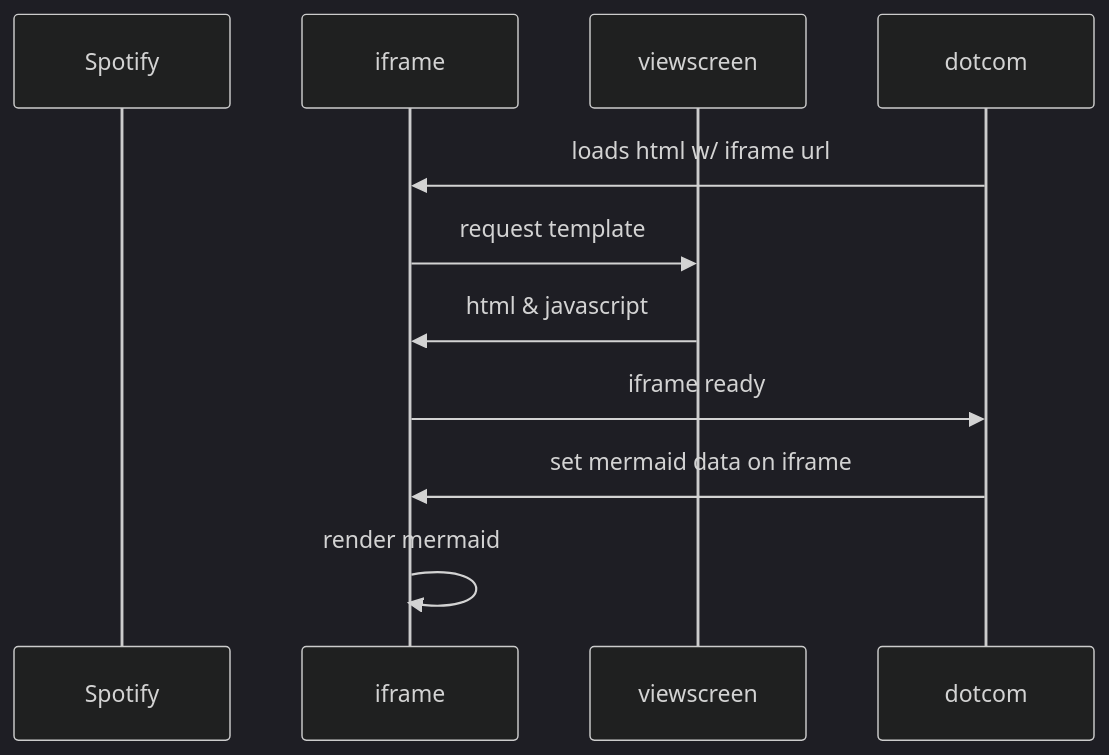
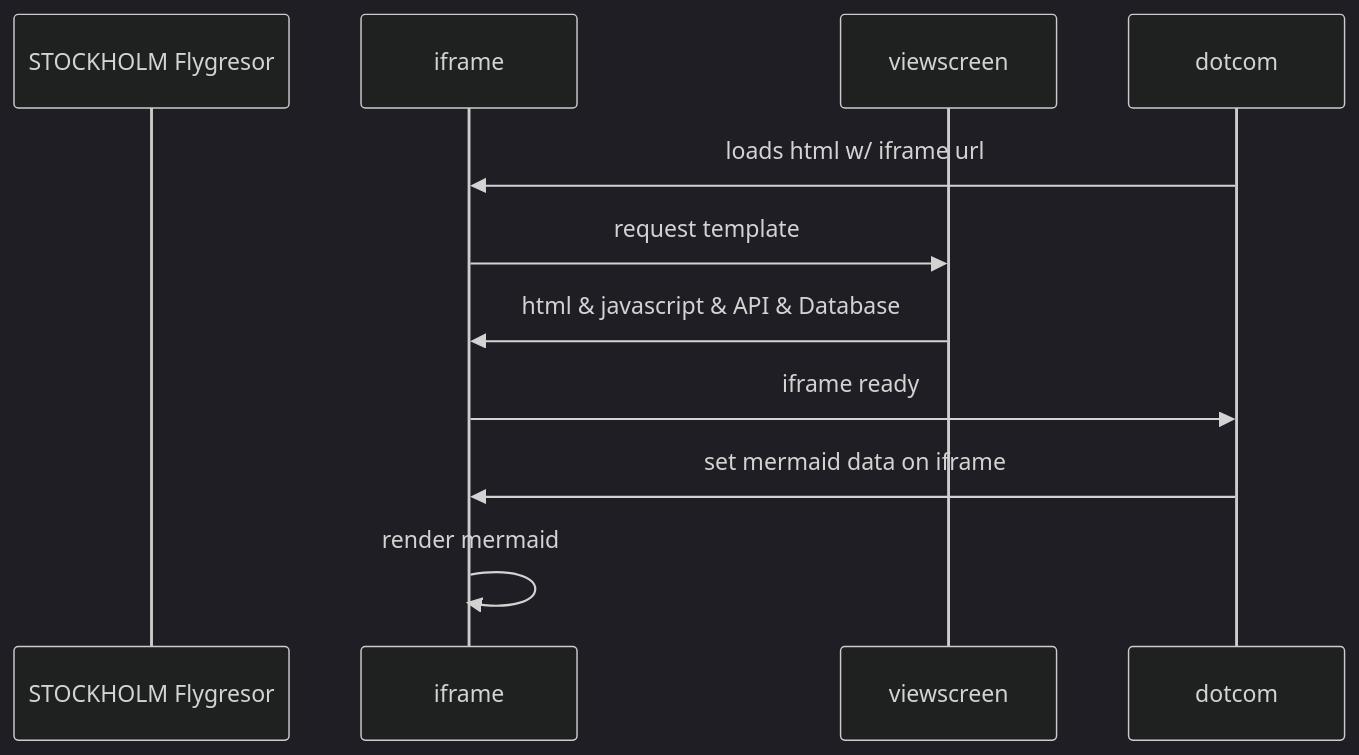
Before and after one commit to Gdansklol/gitlek: the diagram in README16.md, drawn with Mermaid (dark theme). The commit also changed other lines of this file, not shown here.

Commit message:
chages01

````diff
--- a/README16.md
+++ b/README16.md
@@ -3,12 +3,12 @@
 ```mermaid
 sequenceDiagram
-    participant Spotify
+    participant STOCKHOLM Flygresor
     participant iframe
     participant viewscreen
     dotcom->>iframe: loads html w/ iframe url
     iframe->>viewscreen: request template
-    viewscreen->>iframe: html & javascript
+    viewscreen->>iframe: html & javascript & API & Database
     iframe->>dotcom: iframe ready
     dotcom->>iframe: set mermaid data on iframe
     iframe->>iframe: render mermaid
 ```
````
